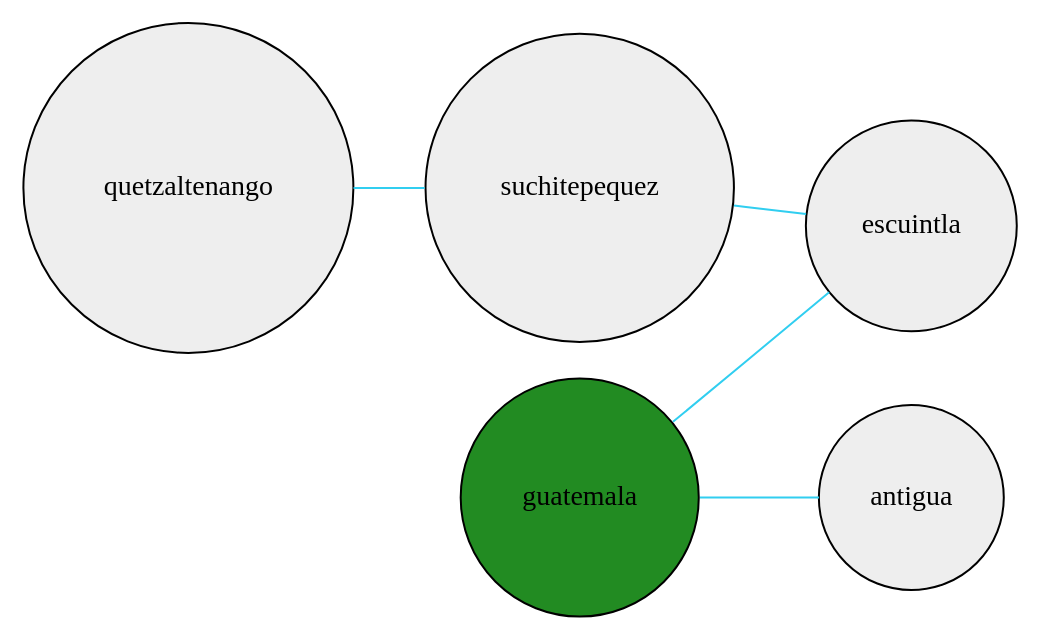
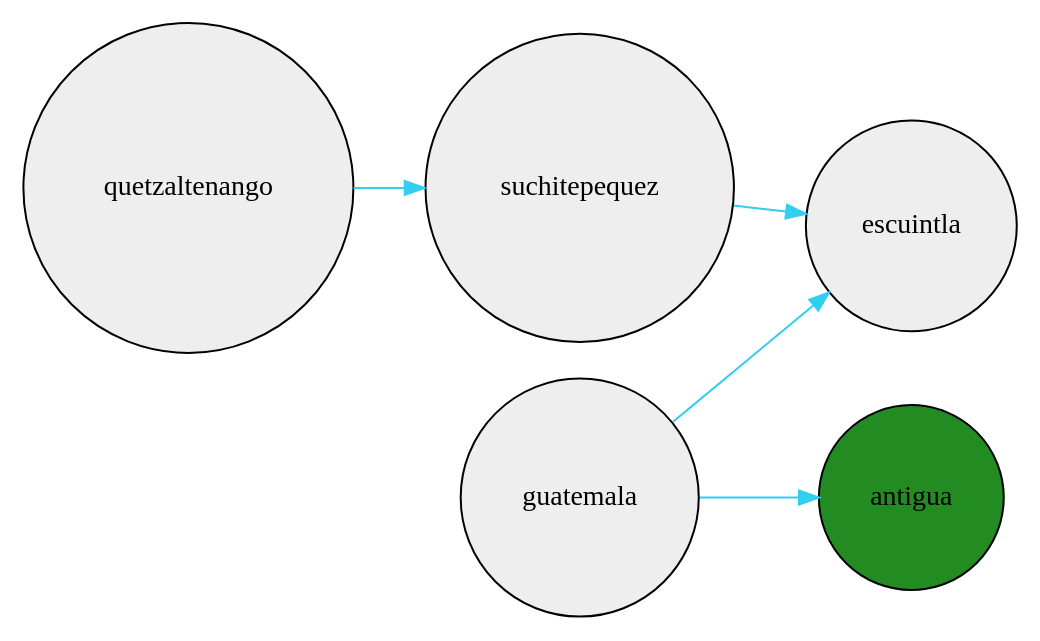
Before and after one commit to Fxhnd13/ProyectoFinalEstructuraDeDatos: the diagram in build/classes/Images/grafo.dot, drawn with Graphviz. The commit also changed 11 other files, not shown here.

```diff
--- a/build/classes/Images/grafo.dot
+++ b/build/classes/Images/grafo.dot
@@ -1,13 +1,12 @@
 digraph G{
      node[shape=circle];
      node[style=filled];
      node[fillcolor="#EEEEEE"];
      edge[color="#31CEF0"];
-     edge[arrowhead="none"];
-     guatemala->escuintla
-     guatemala->antigua
-     suchitepequez->escuintla
-     quetzaltenango->suchitepequez
-     guatemala[fillcolor="forestgreen"];
+     guatemala->escuintla;
+     guatemala->antigua;
+     suchitepequez->escuintla;
+     quetzaltenango->suchitepequez;
+     antigua[fillcolor="forestgreen"];
      rankdir=LR;
 }
```
